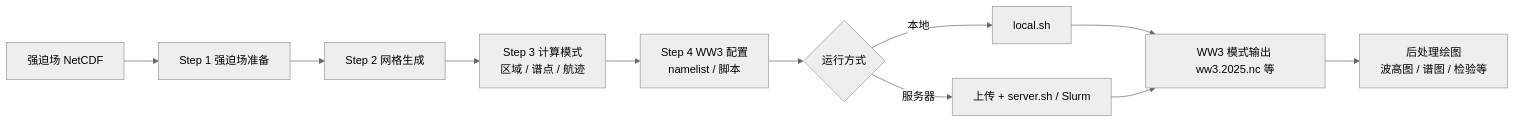
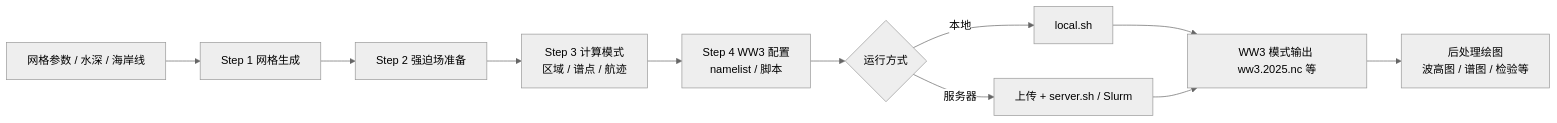
The diagram in README.zh-CN.md (ZxyGch/WW3Tool), drawn with Mermaid (neutral theme) before and after one commit. The commit also changed other lines of this file and 86 other files, not shown here.

````diff
--- a/README.zh-CN.md
+++ b/README.zh-CN.md
@@ -281,16 +281,16 @@
 ```mermaid
 flowchart LR
-  A[强迫场 NetCDF] --> B[Step 1 强迫场准备]
-  B --> C[Step 2 网格生成]
+  A[网格参数 / 水深 / 海岸线] --> B[Step 1 网格生成]
+  B --> C[Step 2 强迫场准备]
   C --> D[Step 3 计算模式
   区域 / 谱点 / 航迹]
   D --> E[Step 4 WW3 配置
   namelist / 脚本]
   E --> F{运行方式}
   F -->|本地| G[local.sh]
   F -->|服务器| H[上传 + server.sh / Slurm]
   G --> I[WW3 模式输出 ww3.2025.nc 等]
   H --> I
   I --> J[后处理绘图
   波高图 / 谱图 / 检验等]
 ```
````
